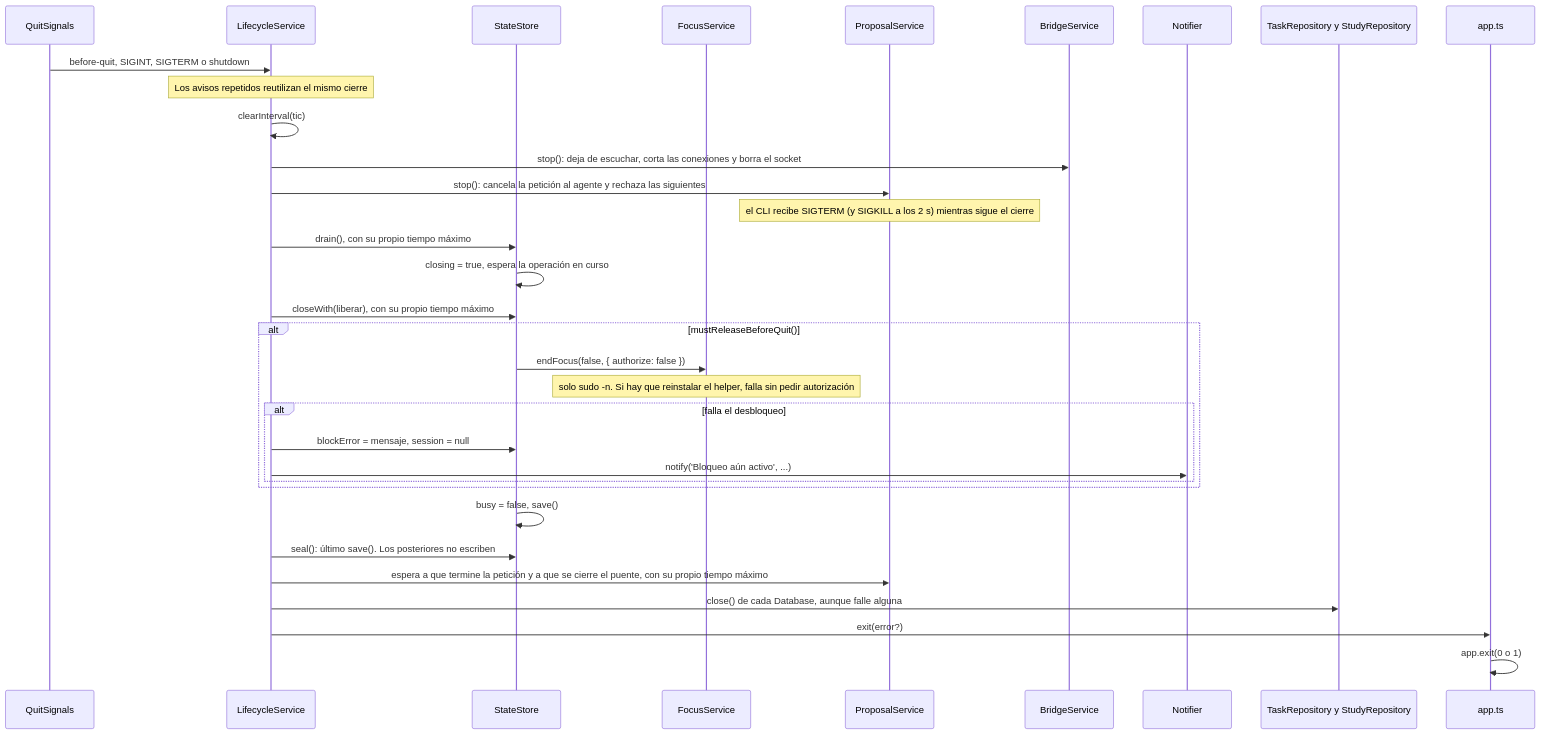
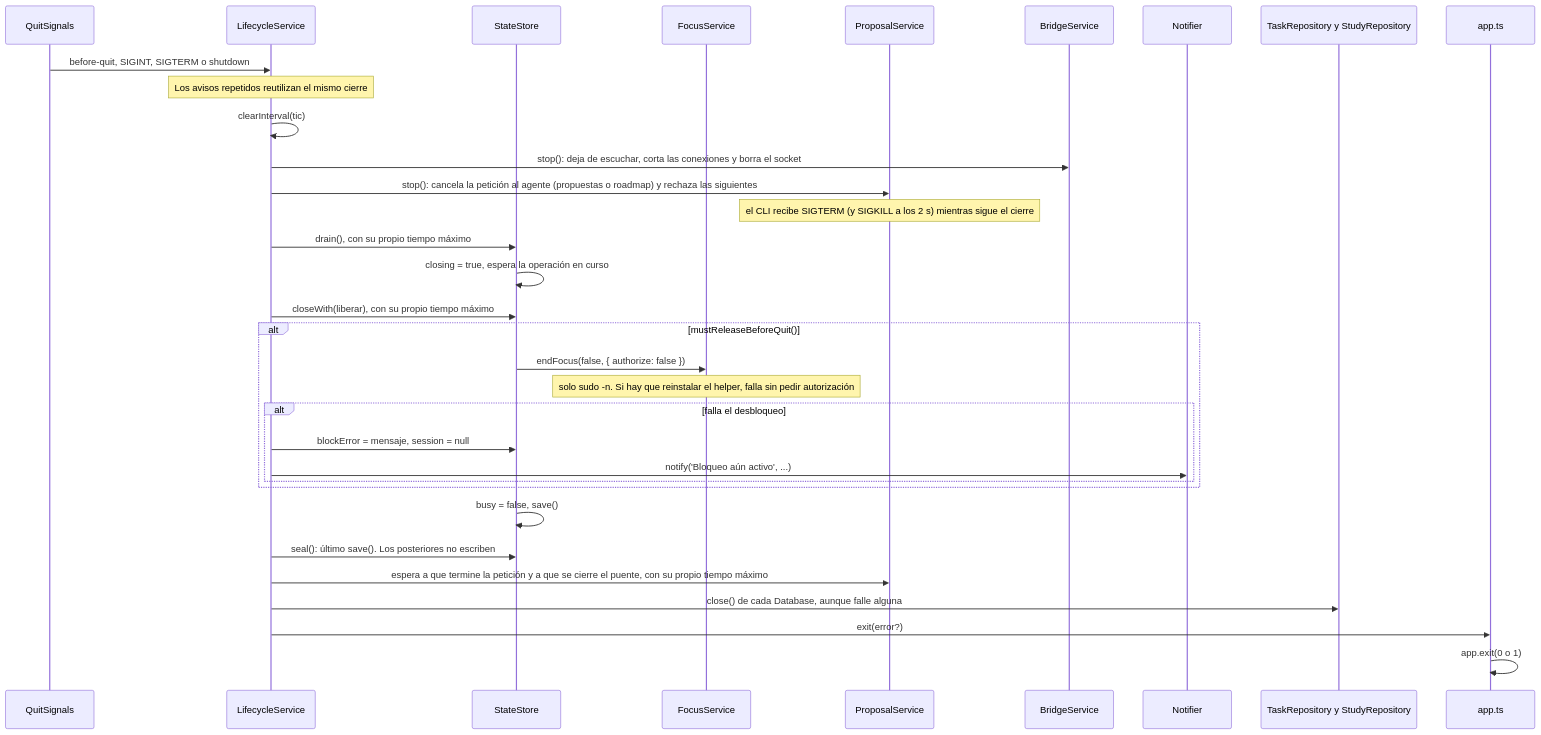
The eighth of 13 diagrams in docs/arquitectura.md (DevJuan95/ritmo), drawn with Mermaid before and after one commit. The commit also changed other lines of this file and 10 other files, not shown here.

First line of the commit message:
Añade la API draftStudyRoute para pedir un roadmap al agente

````diff
--- a/docs/arquitectura.md
+++ b/docs/arquitectura.md
@@ -317,36 +317,36 @@
 ```mermaid
 sequenceDiagram
   participant Q as QuitSignals
   participant L as LifecycleService
   participant S as StateStore
   participant F as FocusService
   participant P as ProposalService
   participant B as BridgeService
   participant N as Notifier
   participant R as TaskRepository y StudyRepository
   participant A as app.ts
 
   Q->>L: before-quit, SIGINT, SIGTERM o shutdown
   Note over L: Los avisos repetidos reutilizan el mismo cierre
   L->>L: clearInterval(tic)
   L->>B: stop(): deja de escuchar, corta las conexiones y borra el socket
-  L->>P: stop(): cancela la petición al agente y rechaza las siguientes
+  L->>P: stop(): cancela la petición al agente (propuestas o roadmap) y rechaza las siguientes
   Note over P: el CLI recibe SIGTERM (y SIGKILL a los 2 s) mientras sigue el cierre
   L->>S: drain(), con su propio tiempo máximo
   S->>S: closing = true, espera la operación en curso
   L->>S: closeWith(liberar), con su propio tiempo máximo
   alt mustReleaseBeforeQuit()
     S->>F: endFocus(false, { authorize: false })
     Note over F: solo sudo -n. Si hay que reinstalar el helper, falla sin pedir autorización
     alt falla el desbloqueo
       L->>S: blockError = mensaje, session = null
       L->>N: notify('Bloqueo aún activo', ...)
     end
   end
   S->>S: busy = false, save()
   L->>S: seal(): último save(). Los posteriores no escriben
   L->>P: espera a que termine la petición y a que se cierre el puente, con su propio tiempo máximo
   L->>R: close() de cada Database, aunque falle alguna
   L->>A: exit(error?)
   A->>A: app.exit(0 o 1)
 ```
````
